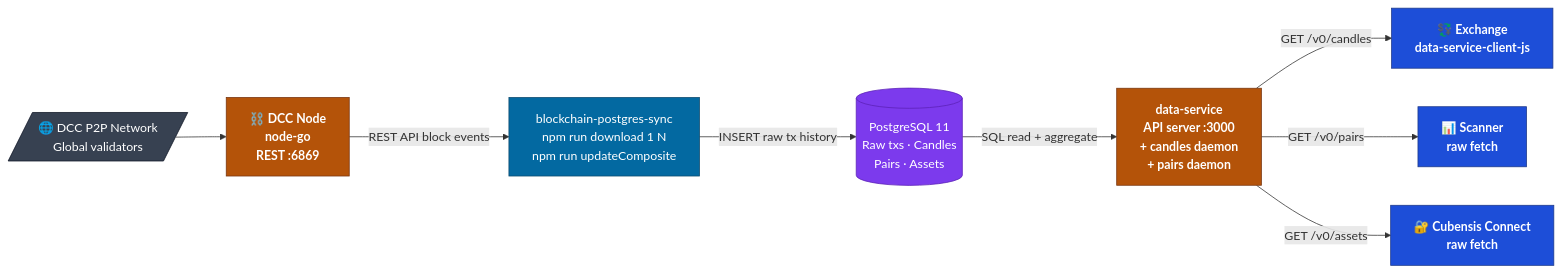
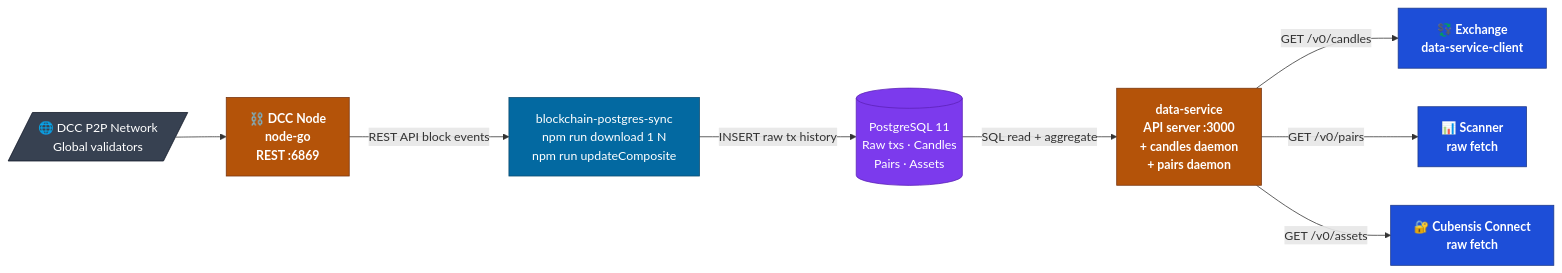
The eighth of 9 diagrams in docs/ECOSYSTEM.md (Decentral-America/DecentralChain), drawn with Mermaid before and after one commit. The commit also changed other lines of this file and 25 other files, not shown here.

````diff
--- a/docs/ECOSYSTEM.md
+++ b/docs/ECOSYSTEM.md
@@ -565,31 +565,31 @@
 ```mermaid
 flowchart LR
     classDef svc fill:#B45309,stroke:#78350F,color:#fff,font-weight:bold
     classDef db fill:#7C3AED,stroke:#5B21B6,color:#fff
     classDef ops fill:#0369A1,stroke:#0C4A6E,color:#fff
     classDef app fill:#1D4ED8,stroke:#1E3A8A,color:#fff,font-weight:bold
     classDef net fill:#374151,stroke:#111827,color:#fff
 
     P2P[/"🌐 DCC P2P Network<br/>Global validators"/]
     NODE["⛓️ DCC Node<br/>node-go<br/>REST :6869"]
     BPS["blockchain-postgres-sync<br/>npm run download 1 N<br/>npm run updateComposite"]
     PG[("PostgreSQL 11<br/>Raw txs · Candles<br/>Pairs · Assets")]
     DS["data-service<br/>API server :3000<br/>+ candles daemon<br/>+ pairs daemon"]
-    EX["💱 Exchange<br/>data-service-client-js"]
+    EX["💱 Exchange<br/>data-service-client"]
     SC["📊 Scanner<br/>raw fetch"]
     CC["🔐 Cubensis Connect<br/>raw fetch"]
 
     P2P --> NODE
     NODE -->|"REST API block events"| BPS
     BPS -->|"INSERT raw tx history"| PG
     PG -->|"SQL read + aggregate"| DS
     DS -->|"GET /v0/candles"| EX
     DS -->|"GET /v0/pairs"| SC
     DS -->|"GET /v0/assets"| CC
 
     class NODE,DS svc
     class PG db
     class BPS ops
     class P2P net
     class EX,SC,CC app
 ```
````
